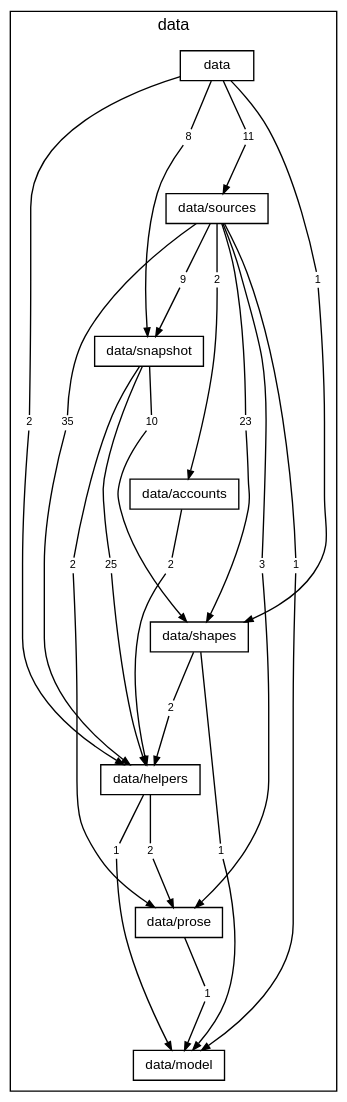
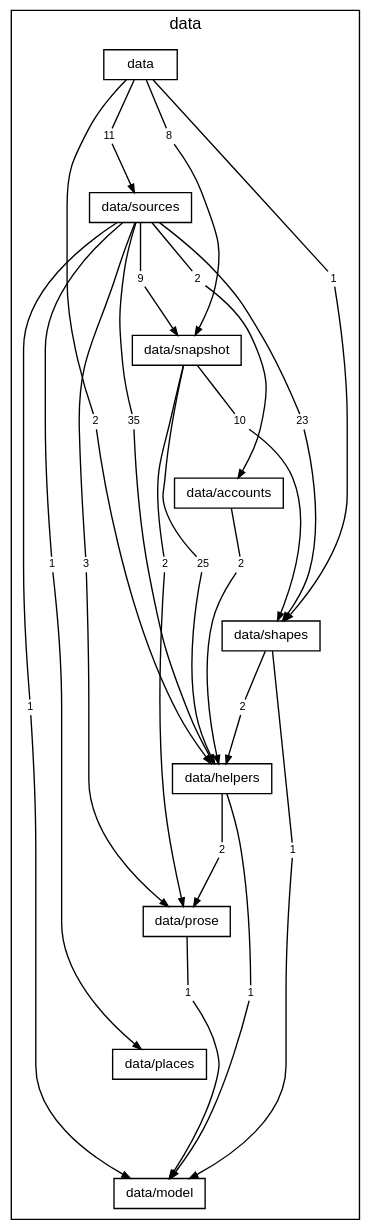
Before and after one commit to TheAxeC/oculus: the diagram in docs/diagrams/layer-data.dot, drawn with Graphviz. The commit also changed 44 other files, not shown here.

```diff
--- a/docs/diagrams/layer-data.dot
+++ b/docs/diagrams/layer-data.dot
@@ -1,80 +1,85 @@
 digraph layer_data {
     graph [bgcolor="transparent", rankdir=TB, newrank=true, mclimit=4, fontname="Helvetica,Arial,sans-serif", fontsize=12, nodesep=0.2, ranksep=0.5];
     node [shape=box, color="black", fontcolor="black", fontname="Helvetica,Arial,sans-serif", fontsize=10, height=0.3, margin="0.12,0.04"];
     edge [color="black", fontcolor="black", fontname="Helvetica,Arial,sans-serif", fontsize=8, arrowsize=0.6];
     subgraph "cluster_data" {
         label="data"; style=solid;
         "folder data" [label="data"];
         "folder data/sources" [label="data/sources"];
         "folder data/snapshot" [label="data/snapshot"];
         "folder data/accounts" [label="data/accounts"];
         "folder data/shapes" [label="data/shapes"];
         "folder data/helpers" [label="data/helpers"];
         "folder data/prose" [label="data/prose"];
+        "folder data/places" [label="data/places"];
         "folder data/model" [label="data/model"];
         "folder data to folder data/helpers" [label="2", shape=box, color="transparent", fontsize=8, width=0, height=0, margin="0.04,0.02"];
         "folder data to folder data/shapes" [label="1", shape=box, color="transparent", fontsize=8, width=0, height=0, margin="0.04,0.02"];
         "folder data to folder data/snapshot" [label="8", shape=box, color="transparent", fontsize=8, width=0, height=0, margin="0.04,0.02"];
         "folder data to folder data/sources" [label="11", shape=box, color="transparent", fontsize=8, width=0, height=0, margin="0.04,0.02"];
         "folder data/sources to folder data/accounts" [label="2", shape=box, color="transparent", fontsize=8, width=0, height=0, margin="0.04,0.02"];
         "folder data/sources to folder data/helpers" [label="35", shape=box, color="transparent", fontsize=8, width=0, height=0, margin="0.04,0.02"];
         "folder data/sources to folder data/model" [label="1", shape=box, color="transparent", fontsize=8, width=0, height=0, margin="0.04,0.02"];
+        "folder data/sources to folder data/places" [label="1", shape=box, color="transparent", fontsize=8, width=0, height=0, margin="0.04,0.02"];
         "folder data/sources to folder data/prose" [label="3", shape=box, color="transparent", fontsize=8, width=0, height=0, margin="0.04,0.02"];
         "folder data/sources to folder data/shapes" [label="23", shape=box, color="transparent", fontsize=8, width=0, height=0, margin="0.04,0.02"];
         "folder data/sources to folder data/snapshot" [label="9", shape=box, color="transparent", fontsize=8, width=0, height=0, margin="0.04,0.02"];
         "folder data/snapshot to folder data/helpers" [label="25", shape=box, color="transparent", fontsize=8, width=0, height=0, margin="0.04,0.02"];
         "folder data/snapshot to folder data/prose" [label="2", shape=box, color="transparent", fontsize=8, width=0, height=0, margin="0.04,0.02"];
         "folder data/snapshot to folder data/shapes" [label="10", shape=box, color="transparent", fontsize=8, width=0, height=0, margin="0.04,0.02"];
         "folder data/accounts to folder data/helpers" [label="2", shape=box, color="transparent", fontsize=8, width=0, height=0, margin="0.04,0.02"];
         "folder data/shapes to folder data/helpers" [label="2", shape=box, color="transparent", fontsize=8, width=0, height=0, margin="0.04,0.02"];
         "folder data/shapes to folder data/model" [label="1", shape=box, color="transparent", fontsize=8, width=0, height=0, margin="0.04,0.02"];
         "folder data/helpers to folder data/model" [label="1", shape=box, color="transparent", fontsize=8, width=0, height=0, margin="0.04,0.02"];
         "folder data/helpers to folder data/prose" [label="2", shape=box, color="transparent", fontsize=8, width=0, height=0, margin="0.04,0.02"];
         "folder data/prose to folder data/model" [label="1", shape=box, color="transparent", fontsize=8, width=0, height=0, margin="0.04,0.02"];
     }
     "folder data" -> "folder data/sources" [style=invis, weight=10, minlen=2];
     "folder data/sources" -> "folder data/snapshot" [style=invis, weight=10, minlen=2];
     "folder data/snapshot" -> "folder data/accounts" [style=invis, weight=10, minlen=2];
     "folder data/accounts" -> "folder data/shapes" [style=invis, weight=10, minlen=2];
     "folder data/shapes" -> "folder data/helpers" [style=invis, weight=10, minlen=2];
     "folder data/helpers" -> "folder data/prose" [style=invis, weight=10, minlen=2];
-    "folder data/prose" -> "folder data/model" [style=invis, weight=10, minlen=2];
+    "folder data/prose" -> "folder data/places" [style=invis, weight=10, minlen=2];
+    "folder data/places" -> "folder data/model" [style=invis, weight=10, minlen=2];
     "folder data" -> "folder data to folder data/helpers" [arrowhead=none, minlen=5, weight=10];
     "folder data to folder data/helpers" -> "folder data/helpers" [];
     "folder data" -> "folder data to folder data/shapes" [arrowhead=none, minlen=3, weight=10];
     "folder data to folder data/shapes" -> "folder data/shapes" [];
     "folder data" -> "folder data to folder data/snapshot" [arrowhead=none, minlen=1, weight=10];
     "folder data to folder data/snapshot" -> "folder data/snapshot" [];
     "folder data" -> "folder data to folder data/sources" [arrowhead=none, minlen=1, weight=10];
     "folder data to folder data/sources" -> "folder data/sources" [];
     "folder data/sources" -> "folder data/sources to folder data/accounts" [arrowhead=none, minlen=1, weight=10];
     "folder data/sources to folder data/accounts" -> "folder data/accounts" [];
     "folder data/sources" -> "folder data/sources to folder data/helpers" [arrowhead=none, minlen=3, weight=10];
     "folder data/sources to folder data/helpers" -> "folder data/helpers" [];
-    "folder data/sources" -> "folder data/sources to folder data/model" [arrowhead=none, minlen=5, weight=10];
+    "folder data/sources" -> "folder data/sources to folder data/model" [arrowhead=none, minlen=7, weight=10];
     "folder data/sources to folder data/model" -> "folder data/model" [];
+    "folder data/sources" -> "folder data/sources to folder data/places" [arrowhead=none, minlen=5, weight=10];
+    "folder data/sources to folder data/places" -> "folder data/places" [];
     "folder data/sources" -> "folder data/sources to folder data/prose" [arrowhead=none, minlen=5, weight=10];
     "folder data/sources to folder data/prose" -> "folder data/prose" [];
     "folder data/sources" -> "folder data/sources to folder data/shapes" [arrowhead=none, minlen=3, weight=10];
     "folder data/sources to folder data/shapes" -> "folder data/shapes" [];
     "folder data/sources" -> "folder data/sources to folder data/snapshot" [arrowhead=none, minlen=1, weight=10];
     "folder data/sources to folder data/snapshot" -> "folder data/snapshot" [];
     "folder data/snapshot" -> "folder data/snapshot to folder data/helpers" [arrowhead=none, minlen=3, weight=10];
     "folder data/snapshot to folder data/helpers" -> "folder data/helpers" [];
     "folder data/snapshot" -> "folder data/snapshot to folder data/prose" [arrowhead=none, minlen=3, weight=10];
     "folder data/snapshot to folder data/prose" -> "folder data/prose" [];
     "folder data/snapshot" -> "folder data/snapshot to folder data/shapes" [arrowhead=none, minlen=1, weight=10];
     "folder data/snapshot to folder data/shapes" -> "folder data/shapes" [];
     "folder data/accounts" -> "folder data/accounts to folder data/helpers" [arrowhead=none, minlen=1, weight=10];
     "folder data/accounts to folder data/helpers" -> "folder data/helpers" [];
     "folder data/shapes" -> "folder data/shapes to folder data/helpers" [arrowhead=none, minlen=1, weight=10];
     "folder data/shapes to folder data/helpers" -> "folder data/helpers" [];
     "folder data/shapes" -> "folder data/shapes to folder data/model" [arrowhead=none, minlen=3, weight=10];
     "folder data/shapes to folder data/model" -> "folder data/model" [];
-    "folder data/helpers" -> "folder data/helpers to folder data/model" [arrowhead=none, minlen=1, weight=10];
+    "folder data/helpers" -> "folder data/helpers to folder data/model" [arrowhead=none, minlen=3, weight=10];
     "folder data/helpers to folder data/model" -> "folder data/model" [];
     "folder data/helpers" -> "folder data/helpers to folder data/prose" [arrowhead=none, minlen=1, weight=10];
     "folder data/helpers to folder data/prose" -> "folder data/prose" [];
     "folder data/prose" -> "folder data/prose to folder data/model" [arrowhead=none, minlen=1, weight=10];
     "folder data/prose to folder data/model" -> "folder data/model" [];
 }
```
